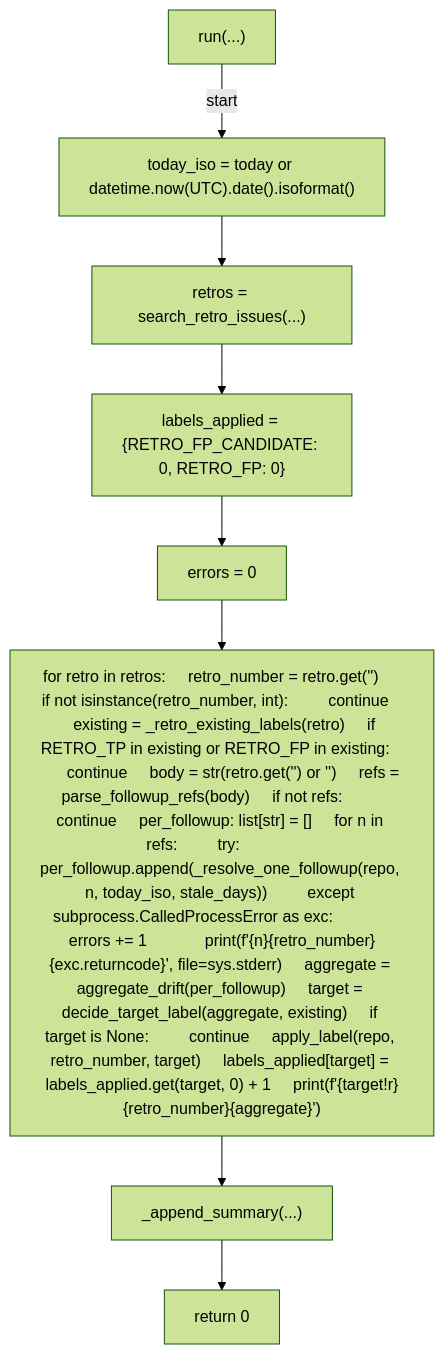
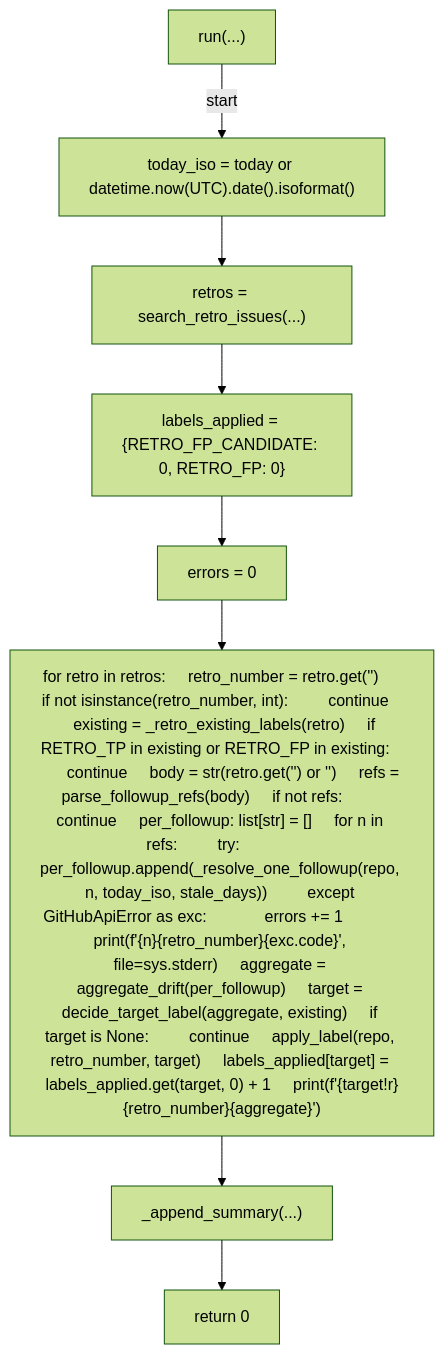
One commit to tvna/claude-md changed diagram 18 of 20 in docs/generated/scripts/ast/scan_retro_followup_drift.md. Above: the diagram before and after it, drawn with Mermaid (forest theme). The commit also changed other lines of this file and 15 other files, not shown here.

First line of the commit message:
docs(generated): regenerate decision tree and workflow diagrams

````diff
--- a/docs/generated/scripts/ast/scan_retro_followup_drift.md
+++ b/docs/generated/scripts/ast/scan_retro_followup_drift.md
@@ -328,18 +317,18 @@
 ```mermaid
 flowchart TD
     N001["run(...)"]
     N002["today_iso = today or datetime.now(UTC).date().isoformat()"]
     N003["retros = search_retro_issues(...)"]
     N004["labels_applied = {RETRO_FP_CANDIDATE: 0, RETRO_FP: 0}"]
     N005["errors = 0"]
-    N006["for retro in retros:     retro_number = retro.get('<str>')     if not isinstance(retro_number, int):         continue     existing = _retro_existing_labels(retro)     if RETRO_TP in existing or RETRO_FP in existing:         continue     body = str(retro.get('<str>') or '<str>')     refs = parse_followup_refs(body)     if not refs:         continue     per_followup: list[str] = []     for n in refs:         try:             per_followup.append(_resolve_one_followup(repo, n, today_iso, stale_days))         except subprocess.CalledProcessError as exc:             errors += 1             print(f'<str>{n}<str>{retro_number}<str>{exc.returncode}<str>', file=sys.stderr)     aggregate = aggregate_drift(per_followup)     target = decide_target_label(aggregate, existing)     if target is None:         continue     apply_label(repo, retro_number, target)     labels_applied[target] = labels_applied.get(target, 0) + 1     print(f'<str>{target!r}<str>{retro_number}<str>{aggregate}<str>')"]
+    N006["for retro in retros:     retro_number = retro.get('<str>')     if not isinstance(retro_number, int):         continue     existing = _retro_existing_labels(retro)     if RETRO_TP in existing or RETRO_FP in existing:         continue     body = str(retro.get('<str>') or '<str>')     refs = parse_followup_refs(body)     if not refs:         continue     per_followup: list[str] = []     for n in refs:         try:             per_followup.append(_resolve_one_followup(repo, n, today_iso, stale_days))         except GitHubApiError as exc:             errors += 1             print(f'<str>{n}<str>{retro_number}<str>{exc.code}<str>', file=sys.stderr)     aggregate = aggregate_drift(per_followup)     target = decide_target_label(aggregate, existing)     if target is None:         continue     apply_label(repo, retro_number, target)     labels_applied[target] = labels_applied.get(target, 0) + 1     print(f'<str>{target!r}<str>{retro_number}<str>{aggregate}<str>')"]
     N007["_append_summary(...)"]
     N008["return 0"]
     N001 -->|"start"| N002
     N002 --> N003
     N003 --> N004
     N004 --> N005
     N005 --> N006
     N006 --> N007
     N007 --> N008
 ```
````
